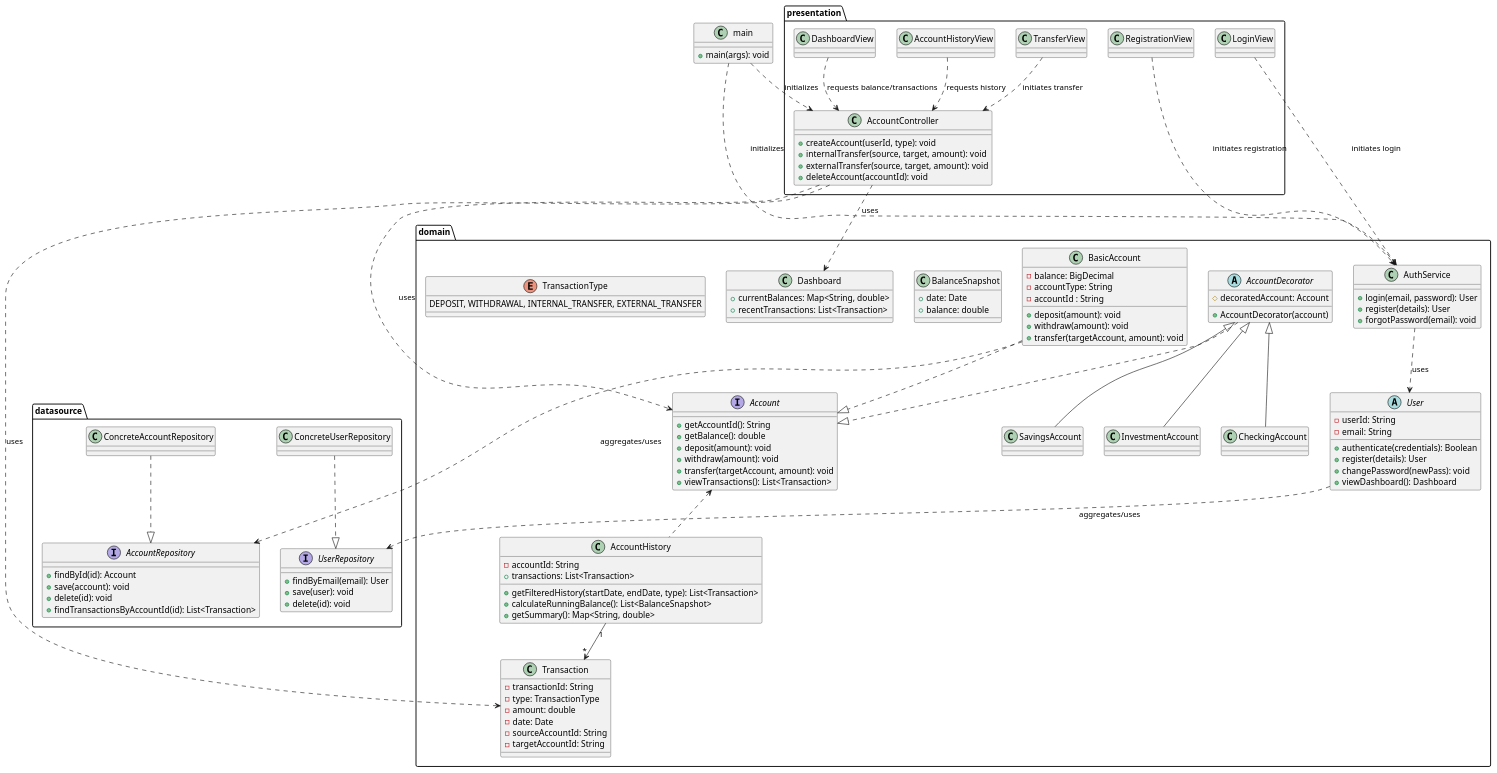
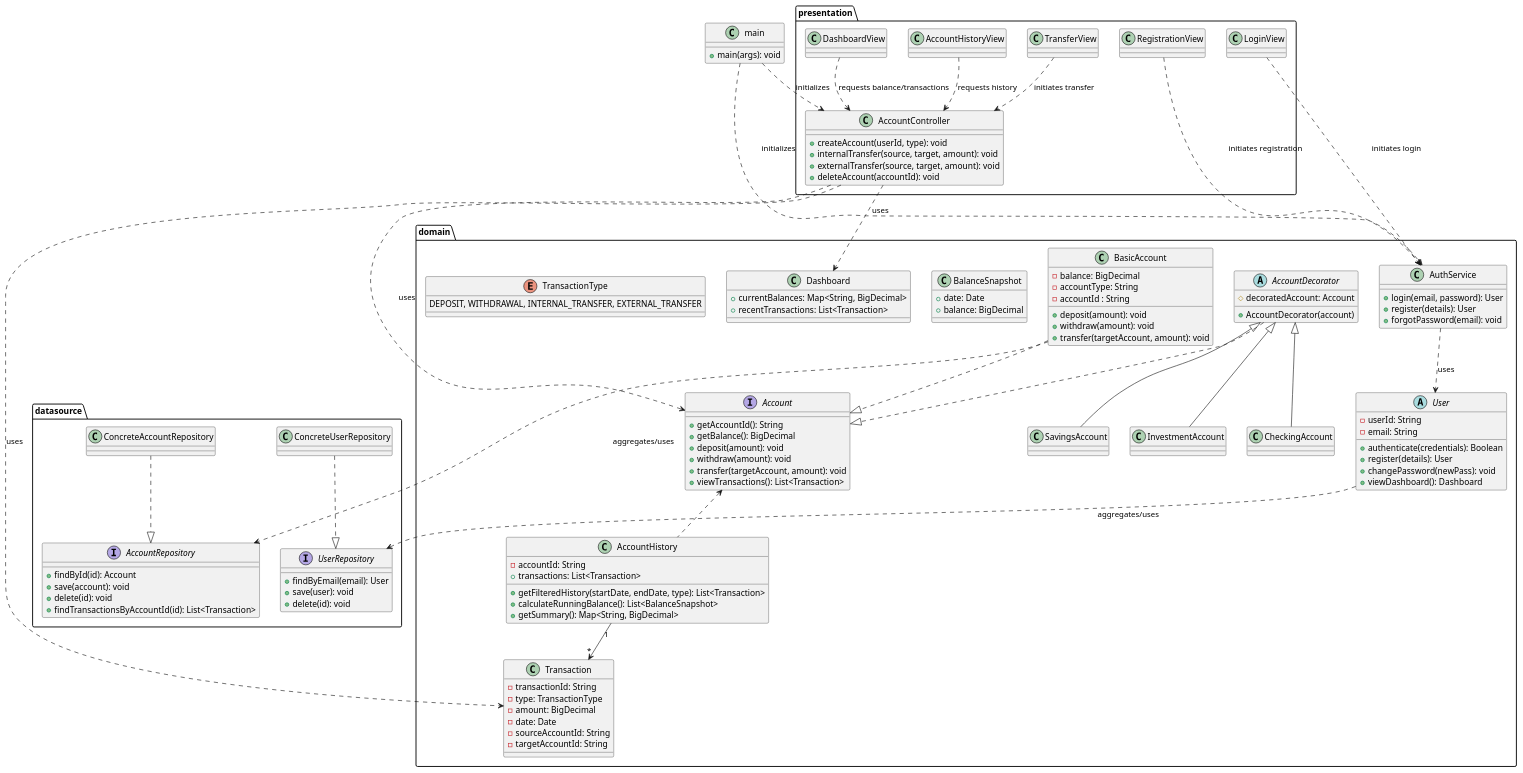
One commit to nu-cs-sw-design/project-20252601-yiji-s-winions changed the diagram in docs/design/design.puml. Above: the diagram before and after it, drawn with PlantUML.

Commit message:
change double to bigdecimal

```diff
--- a/docs/design/design.puml
+++ b/docs/design/design.puml
@@ -1,170 +1,170 @@
 @startuml
 
 package presentation {
 
 
     class AccountController {
         ' Handles calls related to accounts
         + createAccount(userId, type): void
         + internalTransfer(source, target, amount): void
         + externalTransfer(source, target, amount): void
         + deleteAccount(accountId): void
     }
 
     ' New View Classes
     class LoginView
     class RegistrationView
     class DashboardView
     class TransferView
     class AccountHistoryView
 
     ' Relationships: Views interact with the controllers/services
 
     DashboardView ..> AccountController : requests balance/transactions
     TransferView ..> AccountController : initiates transfer
     AccountHistoryView ..> AccountController : requests history
 }
 
 package domain {
 
     class AuthService {
         + login(email, password): User
         + register(details): User
         + forgotPassword(email): void
     }
 
     abstract class User {
         - userId: String
         - email: String
         + authenticate(credentials): Boolean
         + register(details): User
         + changePassword(newPass): void
         + viewDashboard(): Dashboard
     }
 
     interface Account {
         + getAccountId(): String
-        + getBalance(): double
+        + getBalance(): BigDecimal
         + deposit(amount): void
         + withdraw(amount): void
         + transfer(targetAccount, amount): void
         + viewTransactions(): List<Transaction>
     }
 
     class Transaction {
         - transactionId: String
         - type: TransactionType
-        - amount: double
+        - amount: BigDecimal
         - date: Date
         - sourceAccountId: String
         - targetAccountId: String
     }
 
     ' Account Hierarchy (Decorator Pattern for flexibility and future extensions)
     abstract class AccountDecorator {
         # decoratedAccount: Account
         + AccountDecorator(account)
     }
 
     class BasicAccount {
         - balance: BigDecimal
         - accountType: String
         - accountId : String
         + deposit(amount): void
         + withdraw(amount): void
         + transfer(targetAccount, amount): void
     }
     class CheckingAccount {
         ' Adds checking-specific features, e.g., overdraft limits
     }
 
     class SavingsAccount {
         ' Adds savings-specific features, e.g., interest calculation
     }
 
     class InvestmentAccount {
         ' Adds investment-specific features, e.g., mock portfolio data
     }
 
     class AccountHistory {
         - accountId: String
         + transactions: List<Transaction>
         + getFilteredHistory(startDate, endDate, type): List<Transaction>
         + calculateRunningBalance(): List<BalanceSnapshot>
-        + getSummary(): Map<String, double>
+        + getSummary(): Map<String, BigDecimal>
     }
 
     class BalanceSnapshot {
         + date: Date
-        + balance: double
+        + balance: BigDecimal
     }
 
     class Dashboard {
-        + currentBalances: Map<String, double>
+        + currentBalances: Map<String, BigDecimal>
         + recentTransactions: List<Transaction>
     }
     enum TransactionType {
         DEPOSIT, WITHDRAWAL, INTERNAL_TRANSFER, EXTERNAL_TRANSFER
     }
 
     BasicAccount ..|> Account
     AccountDecorator ..|> Account
 
     ' Relationship: Account contains/uses its history logic
     Account <.. AccountHistory
 
     AccountHistory "1" --> "*" Transaction
 
 }
 
 package datasource {
     interface AccountRepository {
         + findById(id): Account
         + save(account): void
         + delete(id): void
         + findTransactionsByAccountId(id): List<Transaction>
     }
 
     interface UserRepository {
         + findByEmail(email): User
         + save(user): void
         + delete(id): void
     }
 
     class ConcreteAccountRepository {
         ' Uses a specific database technology (e.g., SQL, Firebase)
     }
 
     class ConcreteUserRepository {
         ' Handles user login and registration persistence (e.g., AWS Cognito, Firebase Auth)
     }
 
     ConcreteUserRepository ..|> UserRepository
     ConcreteAccountRepository ..|> AccountRepository
 }
 
 class main {
     + main(args): void
 }
 
 ' Presentation depends on Domain (Uses its Models and Services)
 AuthService ..> User : uses
 AccountController ..> Account : uses
 AccountController ..> Transaction : uses
 AccountController ..> Dashboard : uses
 
 LoginView ..> AuthService : initiates login
 RegistrationView ..> AuthService : initiates registration
 
 ' Domain depends on Datasource (Uses Repositories to persist data)
 User ..> UserRepository : aggregates/uses
 BasicAccount ..> AccountRepository : aggregates/uses
 AccountDecorator <|-- CheckingAccount
 AccountDecorator <|-- SavingsAccount
 AccountDecorator <|-- InvestmentAccount
 
 ' Main initializes the system
 main ..> AuthService : initializes
 main ..> AccountController : initializes
 
 @enduml
```
